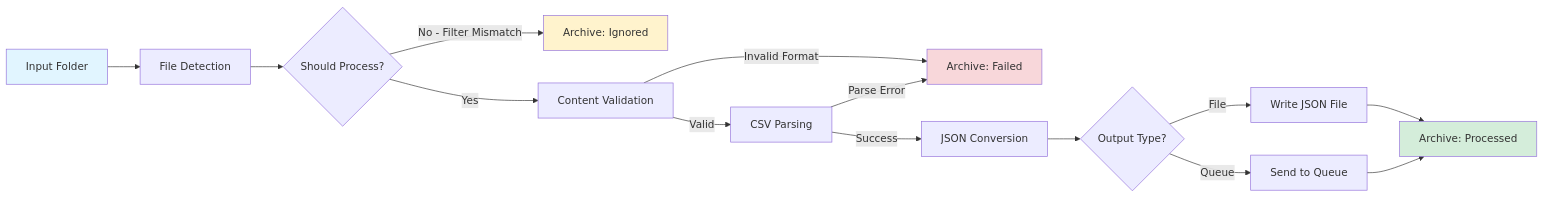
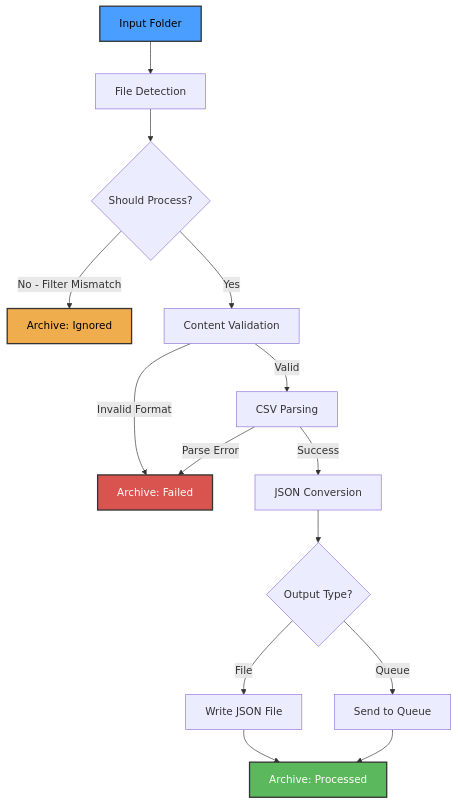
Before and after one commit to techie2000/csv2json: the first of 2 diagrams in README.md, drawn with Mermaid. The commit also changed other lines of this file, not shown here.

First line of the commit message:
docs: fix README - remove Python references and improve diagram readability

````diff
--- a/README.md
+++ b/README.md
@@ -37,21 +37,21 @@
 ```mermaid
-flowchart LR
+flowchart TD
     A[Input Folder] --> B[File Detection]
     B --> C{Should Process?}
     C -->|No - Filter Mismatch| D1[Archive: Ignored]
     C -->|Yes| E[Content Validation]
     E -->|Invalid Format| D2[Archive: Failed]
     E -->|Valid| F[CSV Parsing]
     F -->|Parse Error| D2
     F -->|Success| G[JSON Conversion]
     G --> H{Output Type?}
     H -->|File| I[Write JSON File]
     H -->|Queue| J[Send to Queue]
     I --> K[Archive: Processed]
     J --> K
     
-    style A fill:#e1f5ff
-    style K fill:#d4edda
-    style D1 fill:#fff3cd
-    style D2 fill:#f8d7da
+    style A fill:#4a9eff,stroke:#333,stroke-width:2px,color:#000
+    style K fill:#5cb85c,stroke:#333,stroke-width:2px,color:#fff
+    style D1 fill:#f0ad4e,stroke:#333,stroke-width:2px,color:#000
+    style D2 fill:#d9534f,stroke:#333,stroke-width:2px,color:#fff
 ```
````
